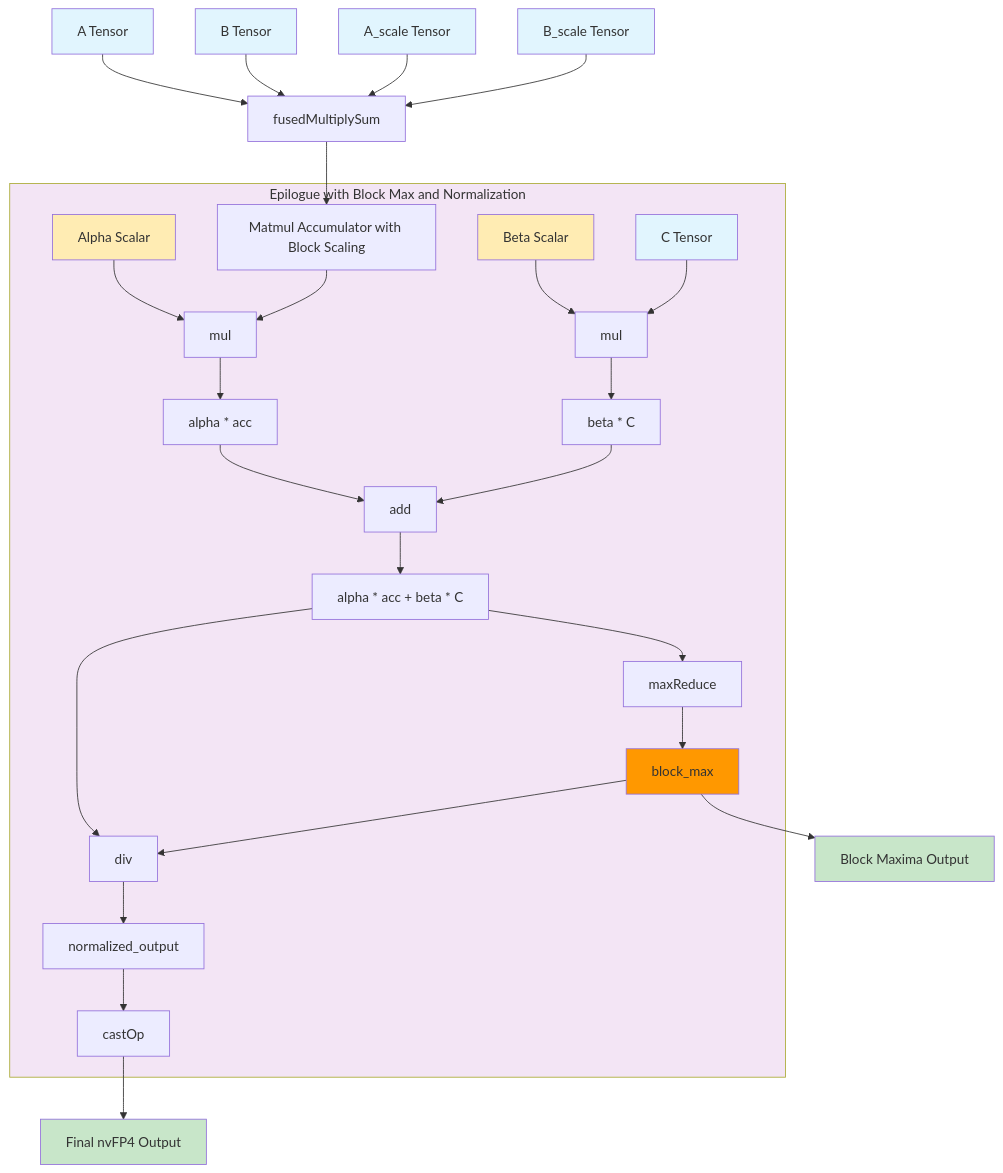
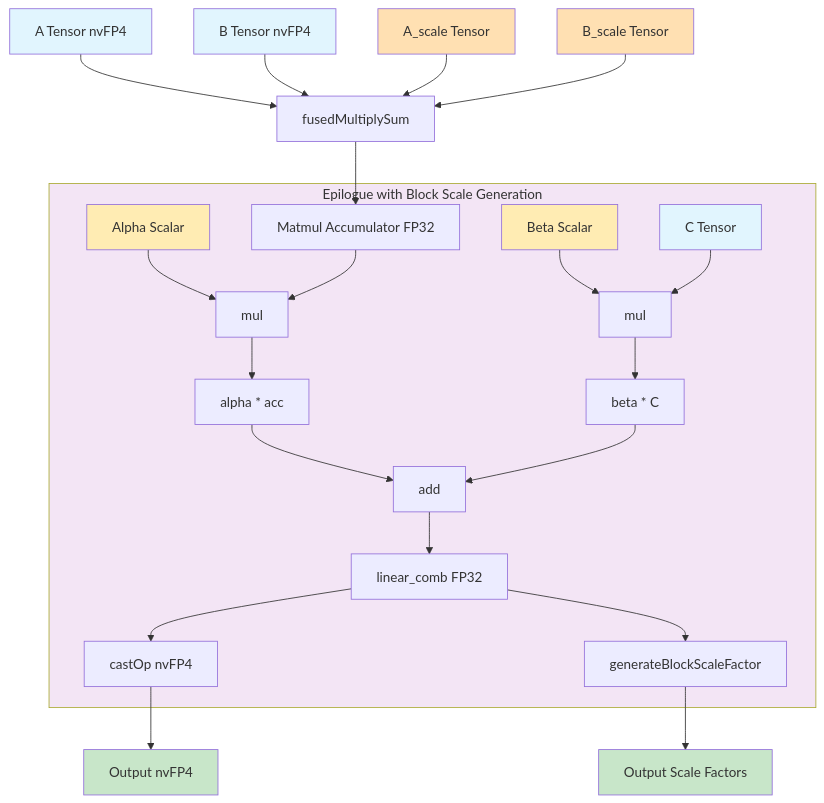
Before and after one commit to jacobhinkle/cutlass: the seventh of 8 diagrams in NVFuserEVTTranslation.md, drawn with Mermaid. The commit also changed other lines of this file, not shown here.

First line of the commit message:
[AI] Revise Section 4.4 nvFP4 Block Scaling for accuracy

````diff
--- a/NVFuserEVTTranslation.md
+++ b/NVFuserEVTTranslation.md
@@ -596,41 +597,36 @@
 ```mermaid
 graph TD
-    A[A Tensor] --> E[fusedMultiplySum]
-    B[B Tensor] --> E
+    A[A Tensor nvFP4] --> E[fusedMultiplySum]
+    B[B Tensor nvFP4] --> E
     C[A_scale Tensor] --> E
     D[B_scale Tensor] --> E
-    E --> F[Matmul Accumulator with Block Scaling]
+    E --> F[Matmul Accumulator FP32]
     
-    subgraph Epilogue ["Epilogue with Block Max and Normalization"]
+    subgraph Epilogue ["Epilogue with Block Scale Generation"]
         G[Alpha Scalar] --> H[mul]
         F --> H
         H --> I[alpha * acc]
         J[Beta Scalar] --> K[mul]
         L[C Tensor] --> K
         K --> M[beta * C]
         I --> N[add]
         M --> N
-        N --> O[alpha * acc + beta * C]
-        O --> P[maxReduce]
-        P --> Q[block_max]
-        O --> R[div]
-        Q --> R
-        R --> S[normalized_output]
-        S --> T[castOp]
+        N --> O[linear_comb FP32]
+        O --> P[castOp nvFP4]
+        O --> Q[generateBlockScaleFactor]
     end
     
-    T --> U[Final nvFP4 Output]
-    Q --> V[Block Maxima Output]
+    P --> R[Output nvFP4]
+    Q --> S[Output Scale Factors]
     
     style A fill:#e1f5fe
     style B fill:#e1f5fe
-    style C fill:#e1f5fe
-    style D fill:#e1f5fe
+    style C fill:#ffe0b2
+    style D fill:#ffe0b2
     style L fill:#e1f5fe
     style G fill:#ffecb3
     style J fill:#ffecb3
-    style Q fill:#ff9800
-    style U fill:#c8e6c9
-    style V fill:#c8e6c9
+    style R fill:#c8e6c9
+    style S fill:#c8e6c9
     style Epilogue fill:#f3e5f5
 ```
````
